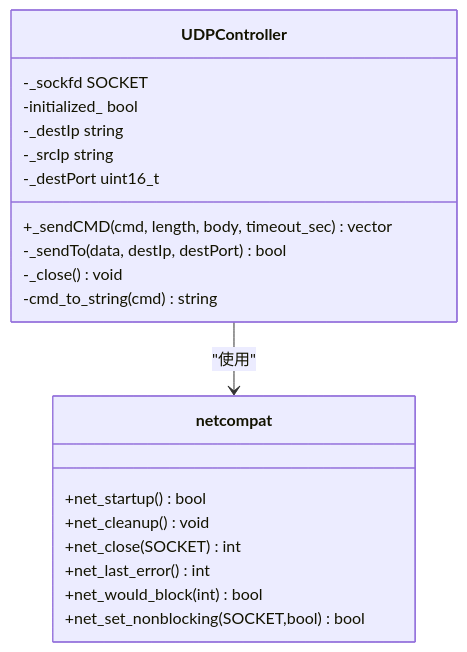
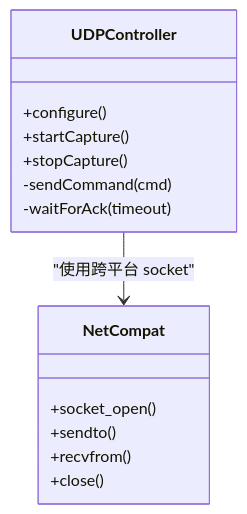
One commit to Lukad77/awr1843-radar-toolkit changed the third of 7 diagrams in .qoder/repowiki/zh/content/雷达与 DCA1000 设备控制/雷达与 DCA1000 设备控制.md. Above: the diagram before and after it, drawn with Mermaid. The commit also changed other lines of this file and 106 other files, not shown here.

````diff
--- a/.qoder/repowiki/zh/content/雷达与 DCA1000 设备控制/雷达与 DCA1000 设备控制.md
+++ b/.qoder/repowiki/zh/content/雷达与 DCA1000 设备控制/雷达与 DCA1000 设备控制.md
@@ -136,23 +130,17 @@
 ```mermaid
 classDiagram
 class UDPController {
-+_sendCMD(cmd, length, body, timeout_sec) vector<uint8_t>
--_sendTo(data, destIp, destPort) bool
--_close() void
--cmd_to_string(cmd) string
--_sockfd SOCKET
--initialized_ bool
--_destIp string
--_srcIp string
--_destPort uint16_t
++configure()
++startCapture()
++stopCapture()
+-sendCommand(cmd)
+-waitForAck(timeout)
 }
-class netcompat {
-+net_startup() bool
-+net_cleanup() void
-+net_close(SOCKET) int
-+net_last_error() int
-+net_would_block(int) bool
-+net_set_nonblocking(SOCKET,bool) bool
+class NetCompat {
++socket_open()
++sendto()
++recvfrom()
++close()
 }
-UDPController --> netcompat : "使用"
+UDPController --> NetCompat : "使用跨平台 socket"
 ```
````
